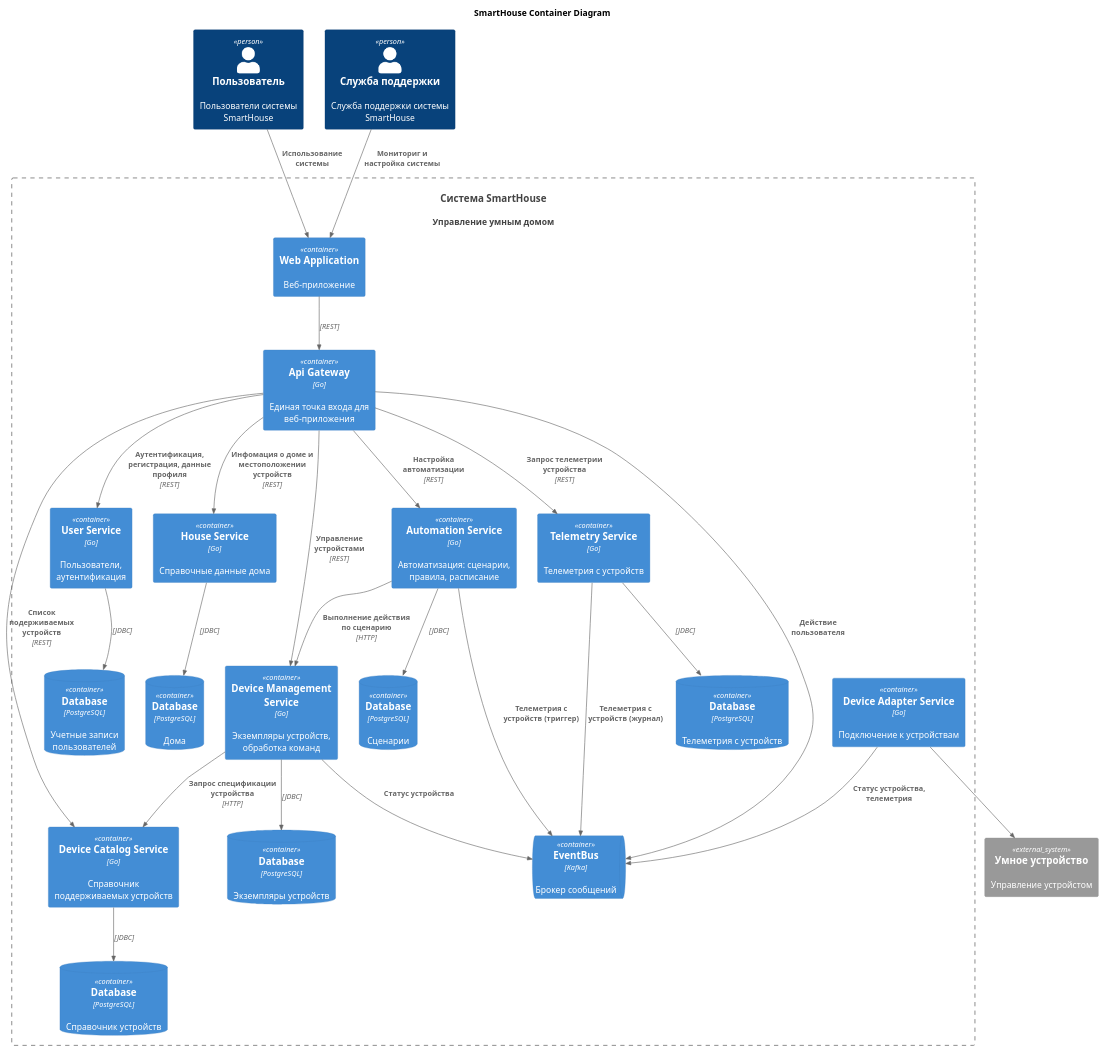
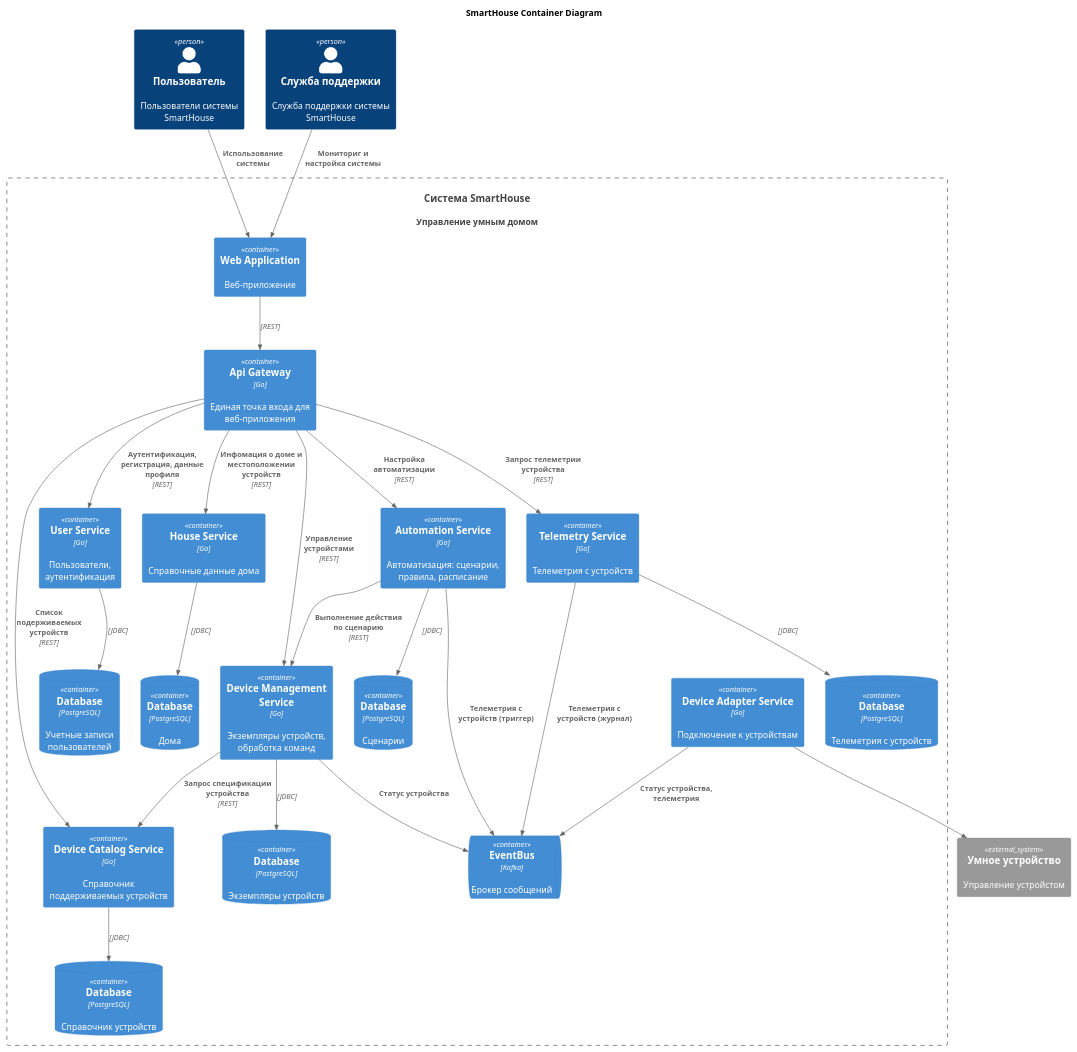
The diagram in schemas/container/Container.puml (reverdp/architecture-pro-warmhouse), drawn with PlantUML before and after one commit. The commit also changed 1 other file, not shown here.

```diff
--- a/schemas/container/Container.puml
+++ b/schemas/container/Container.puml
@@ -1,70 +1,69 @@
 @startuml
 title SmartHouse Container Diagram
 
 top to bottom direction
 
 !includeurl https://raw.githubusercontent.com/RicardoNiepel/C4-PlantUML/master/C4_Component.puml
 
 Person(user, "Пользователь", "Пользователи системы SmartHouse")
 Person(support, "Служба поддержки", "Служба поддержки системы SmartHouse")
 System(SmartHouseSystem, "Система SmartHouse", "Управление умным домом")
 
 System_Ext(device, "Умное устройство", "Управление устройстом")
 
 Container_Boundary(SmartHouseSystem, "Система SmartHouse") {
   Container(WebApp, "Web Application", "", "Веб-приложение")
   Container(ApiGateway, "Api Gateway", "Go", "Единая точка входа для веб-приложения")
 
   Container(UserService, "User Service", "Go", "Пользователи, аутентификация")
   ContainerDb(UserServiceDB, "Database", "PostgreSQL", "Учетные записи пользователей")
 
   Container(HouseService, "House Service", "Go", "Справочные данные дома")
   ContainerDb(HouseServiceDB, "Database", "PostgreSQL", "Дома")
 
   Container(DeviceManagementService, "Device Management Service", "Go", "Экземпляры устройств, обработка команд")
   ContainerDb(DeviceManagementServiceDB, "Database", "PostgreSQL", "Экземпляры устройств")
 
   Container(DeviceCatalogService, "Device Catalog Service", "Go", "Справочник поддерживаемых устройств")
   ContainerDb(DeviceCatalogServiceDB, "Database", "PostgreSQL", "Справочник устройств")
 
   Container(AutomationService, "Automation Service", "Go", "Автоматизация: сценарии, правила, расписание")
   ContainerDb(AutomationServiceDB, "Database", "PostgreSQL", "Сценарии")
 
   Container(TelemetryService, "Telemetry Service", "Go", "Телеметрия с устройств")
   ContainerDb(TelemetryServiceDB, "Database", "PostgreSQL", "Телеметрия с устройств")
 
   ContainerQueue(EventBus, "EventBus", "Kafka", "Брокер сообщений")
 
   Container(DeviceAdapterService, "Device Adapter Service", "Go", "Подключение к устройствам")
 
   }
 }
 
 Rel(user, WebApp, "Использование системы")
 Rel(support, WebApp, "Мониториг и настройка системы")
 
 Rel(WebApp, ApiGateway, "", "REST")
 Rel(ApiGateway, UserService, "Аутентификация, регистрация, данные профиля", "REST")
 Rel(ApiGateway, HouseService, "Инфомация о доме и местоположении устройств", "REST")
 Rel(ApiGateway, DeviceManagementService, "Управление устройстами", "REST")
 Rel(ApiGateway, DeviceCatalogService, "Список подерживаемых устройств", "REST")
 Rel(ApiGateway, AutomationService, "Настройка автоматизации", "REST")
 Rel(ApiGateway, TelemetryService, "Запрос телеметрии устройства", "REST")
 
 Rel(UserService, UserServiceDB, "", "JDBC")
 Rel(HouseService, HouseServiceDB, "", "JDBC")
 Rel(DeviceManagementService, DeviceManagementServiceDB, "", "JDBC")
 Rel(DeviceCatalogService, DeviceCatalogServiceDB, "", "JDBC")
 Rel(AutomationService, AutomationServiceDB, "", "JDBC")
 Rel(TelemetryService, TelemetryServiceDB, "", "JDBC")
 
 Rel(TelemetryService, EventBus, "Телеметрия с устройств (журнал)")
 Rel(AutomationService, EventBus, "Телеметрия с устройств (триггер)")
-Rel(ApiGateway, EventBus, "Действие пользователя")
-Rel(DeviceManagementService, DeviceCatalogService, "Запрос спецификации устройства", "HTTP")
+Rel(DeviceManagementService, DeviceCatalogService, "Запрос спецификации устройства", "REST")
 Rel(DeviceManagementService, EventBus, "Статус устройства")
 Rel(DeviceAdapterService, EventBus, "Статус устройства, телеметрия")
 Rel(DeviceAdapterService, device, "")
-Rel(AutomationService, DeviceManagementService, "Выполнение действия по сценарию", "HTTP")
+Rel(AutomationService, DeviceManagementService, "Выполнение действия по сценарию", "REST")
 
 @enduml
```
